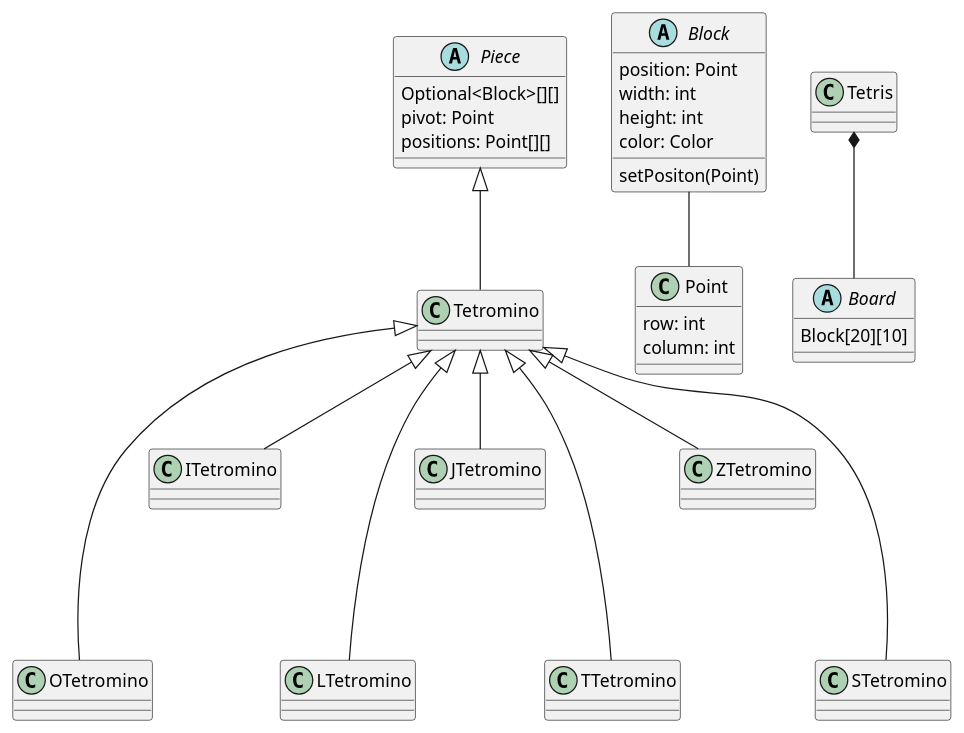
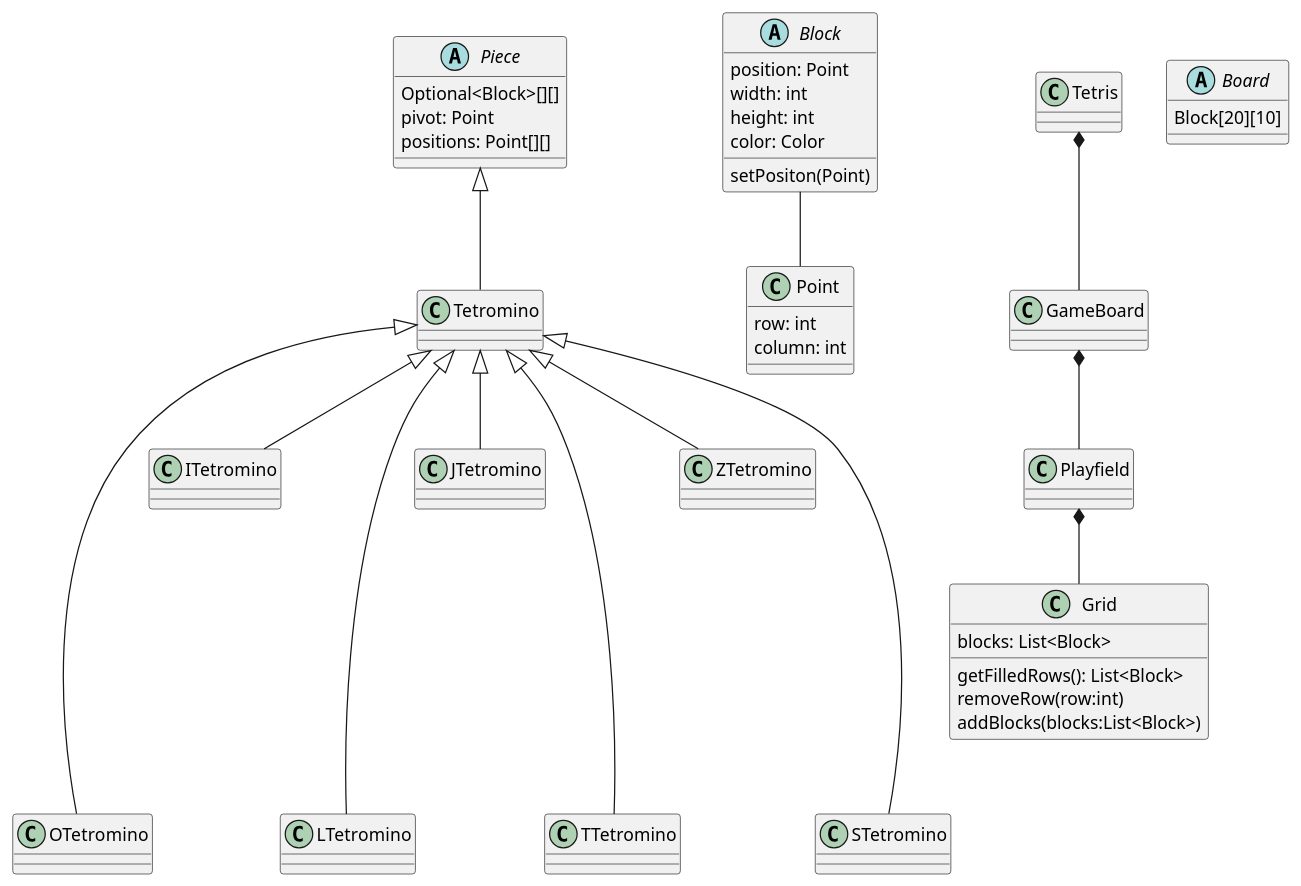
One commit to azambrana/tetris changed the diagram in src/main/java/tetris.puml. Above: the diagram before and after it, drawn with PlantUML. The commit also changed 11 other files, not shown here.

```diff
--- a/src/main/java/tetris.puml
+++ b/src/main/java/tetris.puml
@@ -1,47 +1,57 @@
 @startuml
 'https://plantuml.com/class-diagram
 
 abstract Piece
 class Tetromino
 abstract Block
 class Point
-class Board
+class GameBoard
 class Tetris
+class Grid
 
 Piece <|-- Tetromino
 Tetromino <|---- OTetromino
 Tetromino <|-- ITetromino
 Tetromino <|---- LTetromino
 Tetromino <|-- JTetromino
 Tetromino <|---- TTetromino
 Tetromino <|-- ZTetromino
 Tetromino <|---- STetromino
 
 Block -- Point
-Tetris *-- Board
+Tetris *-- GameBoard
+GameBoard *-- Playfield
+Playfield *-- Grid
+
+class Grid {
+    blocks: List<Block>
+    getFilledRows(): List<Block>
+    removeRow(row:int)
+    addBlocks(blocks:List<Block>)
+}
 
 abstract Board {
     Block[20][10]
 }
 
 abstract Piece {
     Optional<Block>[][]
     pivot: Point
     positions: Point[][]
 }
 
 class Point {
     row: int
     column: int
 }
 
 abstract Block {
     position: Point
     width: int
     height: int
     color: Color
 
     setPositon(Point)
 }
 
 @enduml
```
